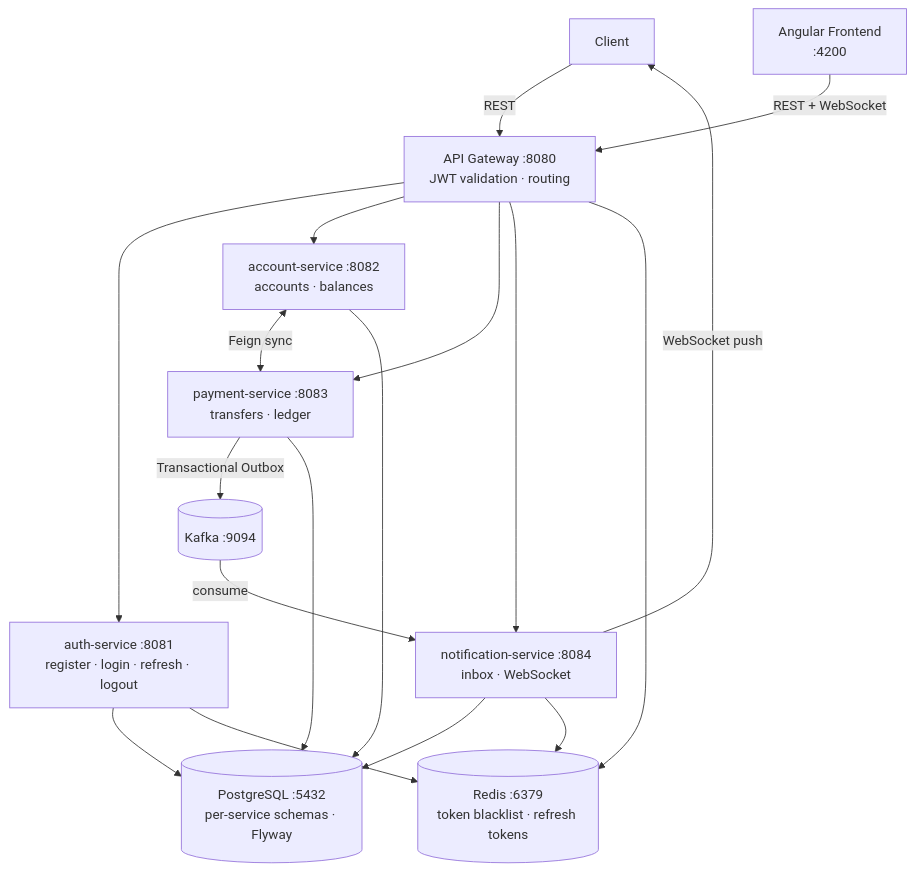
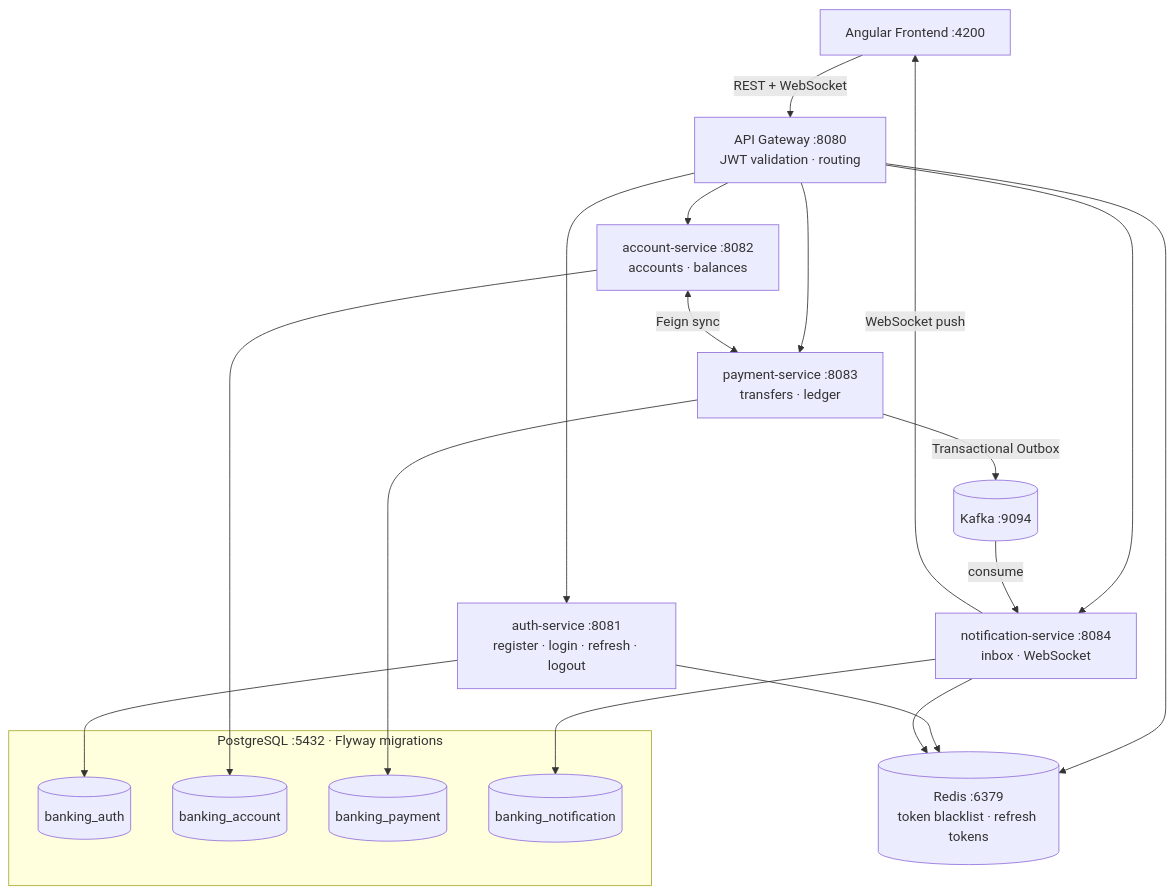
The diagram in README.md (EmKonGa/banking-system), drawn with Mermaid before and after one commit.

Commit message:
docs: update architecture diagram to show per-service DB schemas

````diff
--- a/README.md
+++ b/README.md
@@ -42,19 +42,29 @@
 ```mermaid
 flowchart TD
-    Client -->|REST| GW["API Gateway :8080\nJWT validation · routing"]
+    FE["Angular Frontend :4200"] -->|REST + WebSocket| GW
 
+    GW["API Gateway :8080\nJWT validation · routing"]
     GW --> AUTH["auth-service :8081\nregister · login · refresh · logout"]
     GW --> ACC["account-service :8082\naccounts · balances"]
     GW --> PAY["payment-service :8083\ntransfers · ledger"]
     GW --> NOTIF["notification-service :8084\ninbox · WebSocket"]
 
     ACC <-->|Feign sync| PAY
     PAY -->|Transactional Outbox| KAFKA[("Kafka :9094")]
     KAFKA -->|consume| NOTIF
-    NOTIF -->|WebSocket push| Client
+    NOTIF -->|WebSocket push| FE
 
-    AUTH & ACC & PAY & NOTIF --> PG[("PostgreSQL :5432\nper-service schemas · Flyway")]
+    AUTH --> PG_AUTH[("banking_auth")]
+    ACC  --> PG_ACC[("banking_account")]
+    PAY  --> PG_PAY[("banking_payment")]
+    NOTIF --> PG_NOTIF[("banking_notification")]
+
+    subgraph PG ["PostgreSQL :5432  ·  Flyway migrations"]
+        PG_AUTH
+        PG_ACC
+        PG_PAY
+        PG_NOTIF
+    end
+
     GW & AUTH & NOTIF --> REDIS[("Redis :6379\ntoken blacklist · refresh tokens")]
-
-    FE["Angular Frontend\n:4200"] -->|REST + WebSocket| GW
 ```
````
